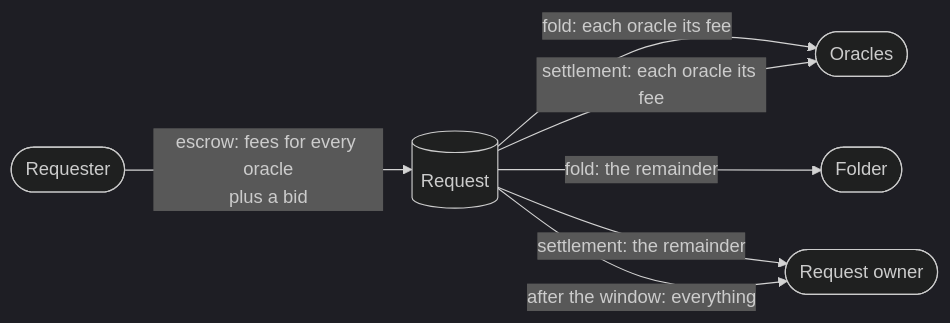
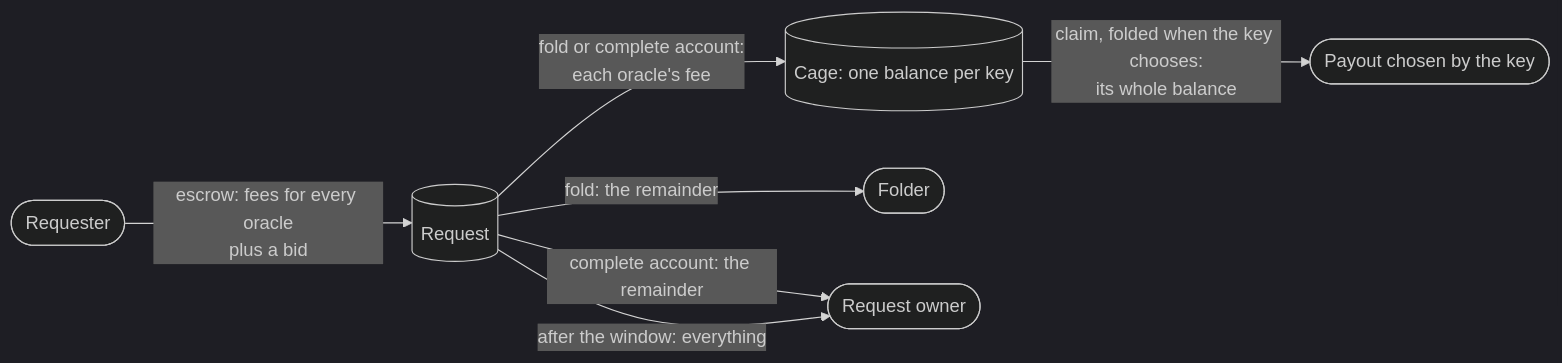
One commit to cardano-foundation/cardano-mpfs-onchain changed the diagram in docs/design/registries/economics.md. Above: the diagram before and after it, drawn with Mermaid (dark theme). The commit also changed other lines of this file and 8 other files, not shown here.

Commit message:
docs(specs): oracle identities, fees in the cage, claims and complete accounts as fold items

````diff
--- a/docs/design/registries/economics.md
+++ b/docs/design/registries/economics.md
@@ -9,9 +9,9 @@
 ```mermaid
 flowchart LR
   requester([Requester]) -- "escrow: fees for every oracle<br/>plus a bid" --> request[(Request)]
-  request -- "fold: each oracle its fee" --> oracles([Oracles])
+  request -- "fold or complete account:<br/>each oracle's fee" --> cage[(Cage: one balance per key)]
   request -- "fold: the remainder" --> folder([Folder])
-  request -- "settlement: each oracle its fee" --> oracles
-  request -- "settlement: the remainder" --> owner([Request owner])
+  request -- "complete account: the remainder" --> owner([Request owner])
   request -- "after the window: everything" --> owner
+  cage -- "claim, folded when the key chooses:<br/>its whole balance" --> payout([Payout chosen by the key])
 ```
````
